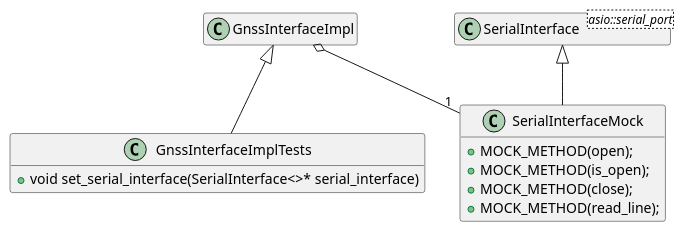
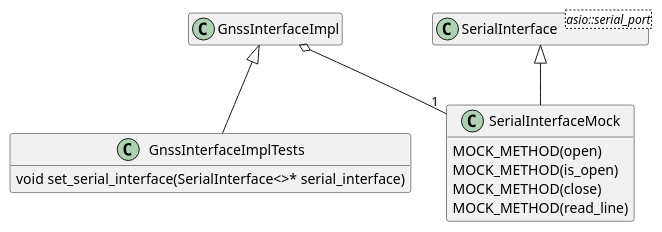
The diagram in docs/uml/GnssInterfaceImplTests.puml (EduPonz/easynmea), drawn with PlantUML before and after one commit. The commit also changed 3 other files, not shown here.

Commit message:
Fix UML diagrams in RTD (#49)

```diff
--- a/docs/uml/GnssInterfaceImplTests.puml
+++ b/docs/uml/GnssInterfaceImplTests.puml
@@ -1,24 +1,18 @@
-@startuml GnssInterfaceImplTests
+@startuml
 hide empty members
 
 class GnssInterfaceImpl
 
-class GnssInterfaceImplTests
-{
-    + void set_serial_interface(SerialInterface<>* serial_interface)
-}
+GnssInterfaceImplTests : void set_serial_interface(SerialInterface<>* serial_interface)
 
-class SerialInterfaceMock
-{
-    + MOCK_METHOD(open);
-    + MOCK_METHOD(is_open);
-    + MOCK_METHOD(close);
-    + MOCK_METHOD(read_line);
-}
+SerialInterfaceMock : MOCK_METHOD(open)
+SerialInterfaceMock : MOCK_METHOD(is_open)
+SerialInterfaceMock : MOCK_METHOD(close)
+SerialInterfaceMock : MOCK_METHOD(read_line)
 
 class SerialInterface<asio::serial_port>
 
 SerialInterface <|-- SerialInterfaceMock
 GnssInterfaceImpl o-- "1" SerialInterfaceMock
 GnssInterfaceImpl <|-- GnssInterfaceImplTests
 @enduml
```
